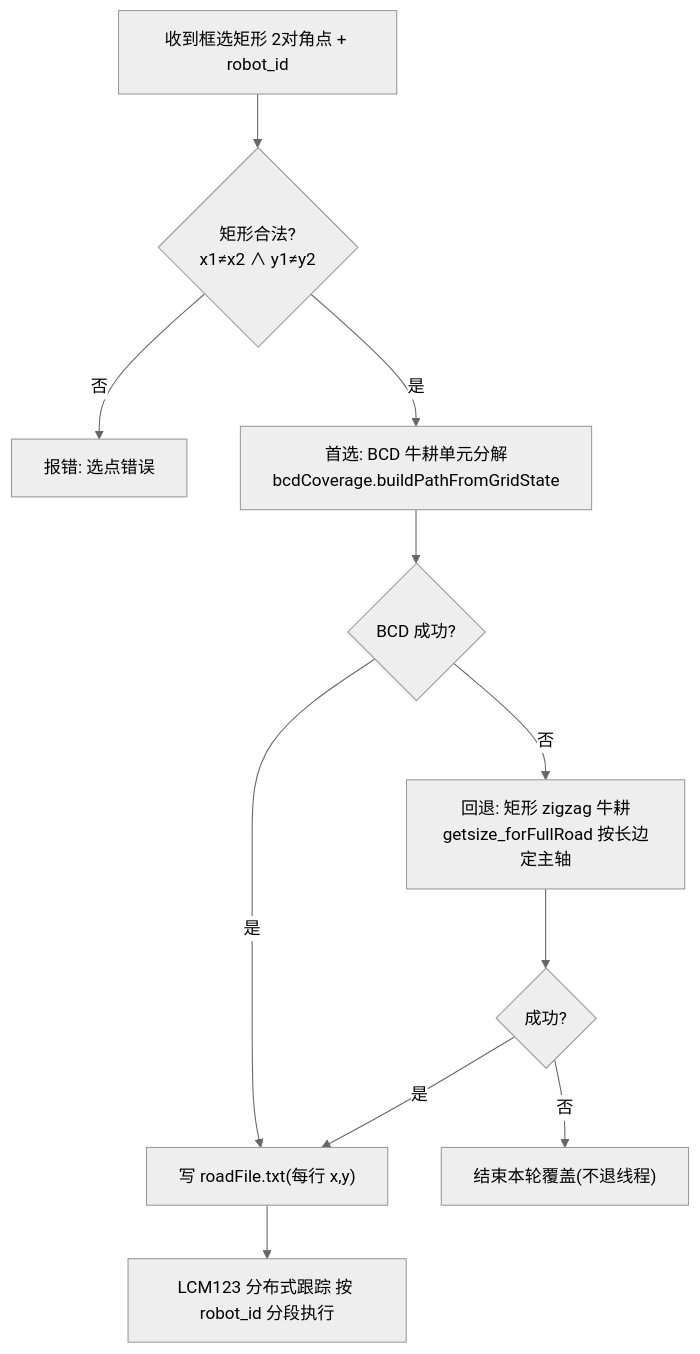
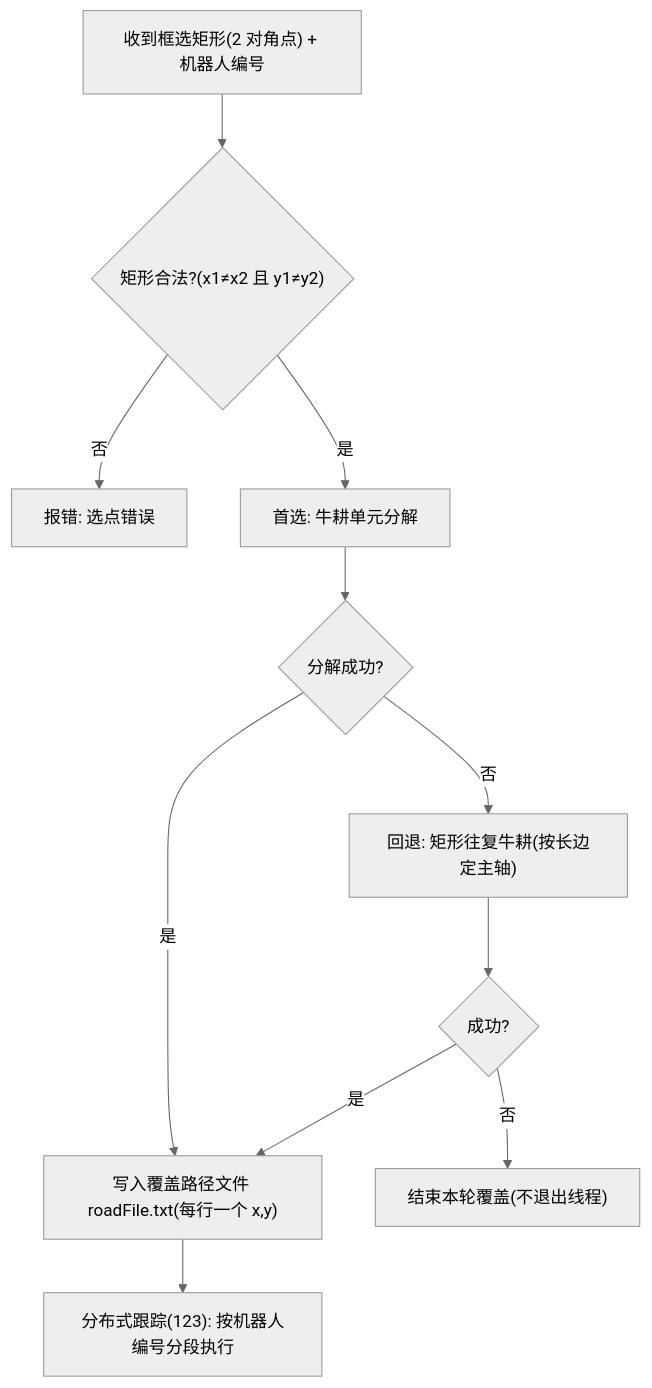
Before and after one commit to Drahann/OpenHarmonyCar: diagram 14 of 33 in 竞赛文档/作品设计文档.md, drawn with Mermaid (neutral theme). The commit also changed other lines of this file and 37 other files, not shown here.

````diff
--- a/竞赛文档/作品设计文档.md
+++ b/竞赛文档/作品设计文档.md
@@ -556,13 +517,13 @@
 ```mermaid
 flowchart TB
-  S["收到框选矩形 2对角点 + robot_id"] --> CHK{"矩形合法?<br/>x1≠x2 ∧ y1≠y2"}
+  S["收到框选矩形(2 对角点) + 机器人编号"] --> CHK{"矩形合法?(x1≠x2 且 y1≠y2)"}
   CHK -->|否| ERR["报错: 选点错误"]
-  CHK -->|是| BCD["首选: BCD 牛耕单元分解<br/>bcdCoverage.buildPathFromGridState"]
-  BCD --> OK1{"BCD 成功?"}
-  OK1 -->|是| WRITE["写 roadFile.txt(每行 x,y)"]
-  OK1 -->|否| ZIG["回退: 矩形 zigzag 牛耕<br/>getsize_forFullRoad 按长边定主轴"]
+  CHK -->|是| BCD["首选: 牛耕单元分解"]
+  BCD --> OK1{"分解成功?"}
+  OK1 -->|是| WRITE["写入覆盖路径文件 roadFile.txt(每行一个 x,y)"]
+  OK1 -->|否| ZIG["回退: 矩形往复牛耕(按长边定主轴)"]
   ZIG --> OK2{"成功?"}
   OK2 -->|是| WRITE
-  OK2 -->|否| FAIL["结束本轮覆盖(不退线程)"]
-  WRITE --> TRACK["LCM123 分布式跟踪 按 robot_id 分段执行"]
+  OK2 -->|否| FAIL["结束本轮覆盖(不退出线程)"]
+  WRITE --> TRACK["分布式跟踪(123): 按机器人编号分段执行"]
 ```
````
